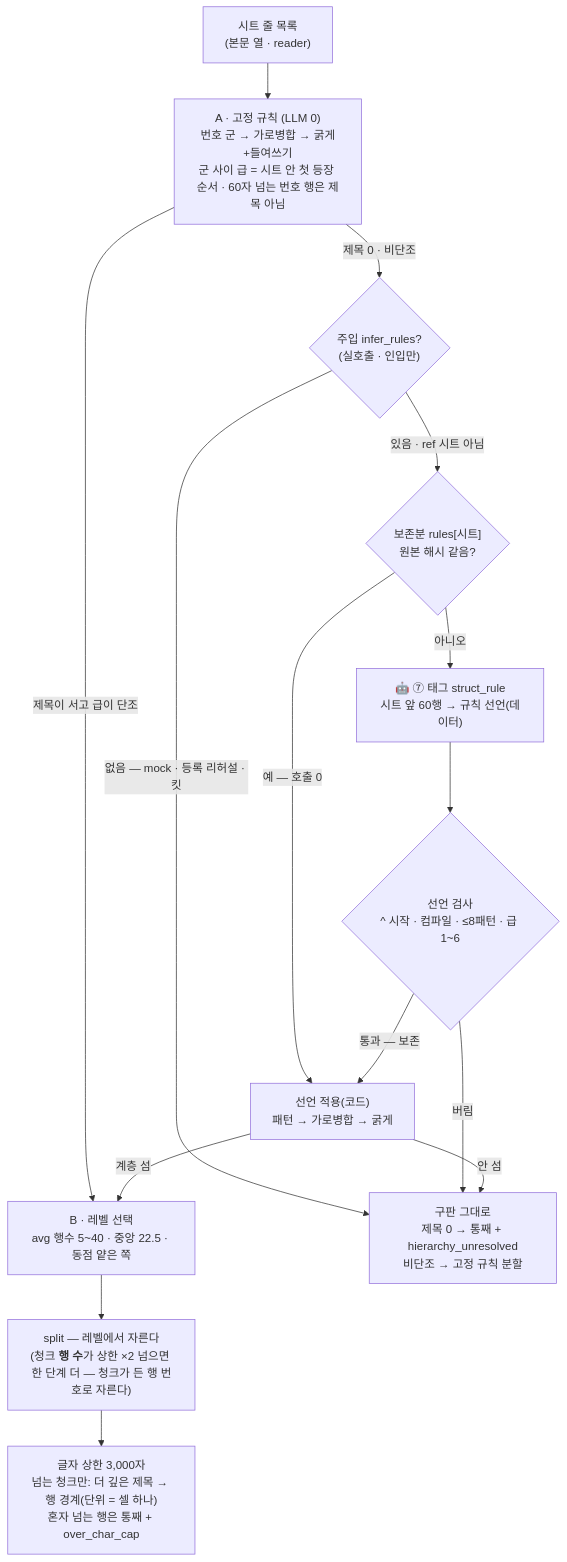
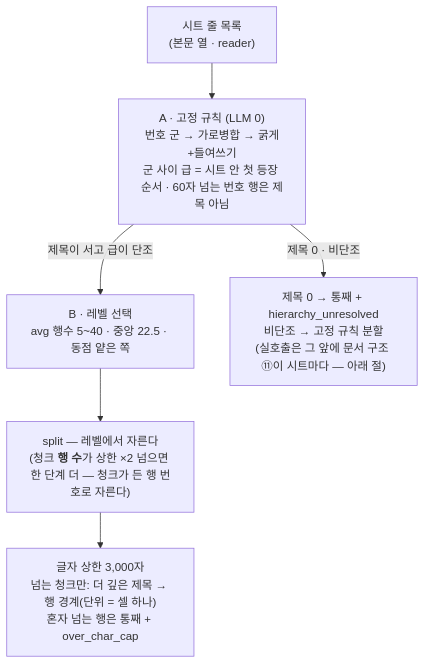
Before and after one commit to playjae0/ontology_system: the second of 2 diagrams in docs/구조도/02_파싱과_추출.md, drawn with Mermaid. The commit also changed other lines of this file and 44 other files, not shown here.

````diff
--- a/docs/구조도/02_파싱과_추출.md
+++ b/docs/구조도/02_파싱과_추출.md
@@ -175,17 +175,8 @@
 ```mermaid
 flowchart TD
   R["시트 줄 목록<br/>(본문 열 · reader)"] --> A1["A · 고정 규칙 (LLM 0)<br/>번호 군 → 가로병합 → 굵게+들여쓰기<br/>군 사이 급 = 시트 안 첫 등장 순서 · 60자 넘는 번호 행은 제목 아님"]
   A1 -->|제목이 서고 급이 단조| B1
-  A1 -->|제목 0 · 비단조| D{"주입 infer_rules?<br/>(실호출 · 인입만)"}
-  D -->|없음 — mock · 등록 리허설 · 킷| F0["구판 그대로<br/>제목 0 → 통째 + hierarchy_unresolved<br/>비단조 → 고정 규칙 분할"]
-  D -->|있음 · ref 시트 아님| K{"보존분 rules[시트]<br/>원본 해시 같음?"}
-  K -->|예 — 호출 0| AP
-  K -->|아니오| L["🤖 ⑦ 태그 struct_rule<br/>시트 앞 60행 → 규칙 선언(데이터)"]
-  L --> CK{"선언 검사<br/>^ 시작 · 컴파일 · ≤8패턴 · 급 1~6"}
-  CK -->|버림| F0
-  CK -->|통과 — 보존| AP["선언 적용(코드)<br/>패턴 → 가로병합 → 굵게"]
-  AP -->|계층 섬| B1
-  AP -->|안 섬| F0
+  A1 -->|제목 0 · 비단조| F0["제목 0 → 통째 + hierarchy_unresolved<br/>비단조 → 고정 규칙 분할<br/>(실호출은 그 앞에 문서 구조 ⑪이 시트마다 — 아래 절)"]
   B1["B · 레벨 선택<br/>avg 행수 5~40 · 중앙 22.5 · 동점 얕은 쪽"] --> S["split — 레벨에서 자른다<br/>(청크 <b>행 수</b>가 상한 ×2 넘으면 한 단계 더 — 청크가 든 행 번호로 자른다)"]
   S --> C["글자 상한 3,000자<br/>넘는 청크만: 더 깊은 제목 → 행 경계(단위 = 셀 하나)<br/>혼자 넘는 행은 통째 + over_char_cap"]
 ```
````
